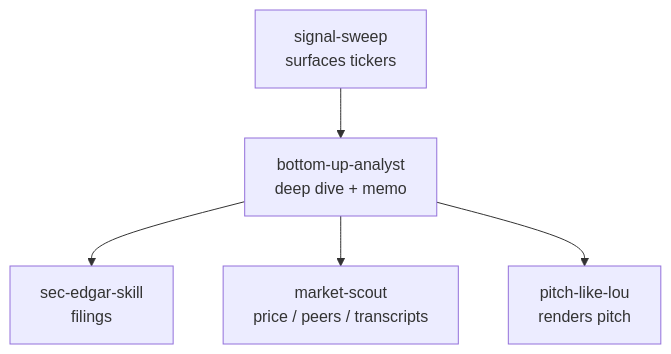
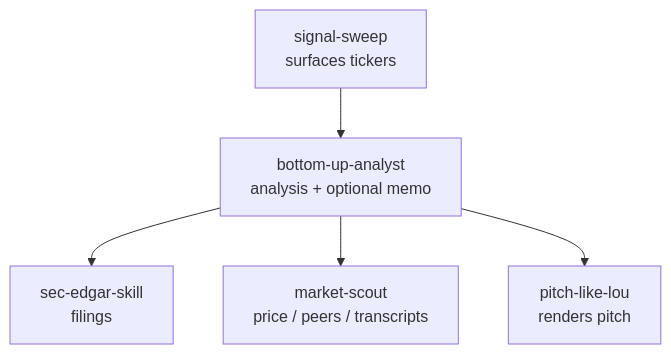
One commit to eggmasonvalue/secstack changed the diagram in context/MAP.md. Above: the diagram before and after it, drawn with Mermaid. The commit also changed other lines of this file and 16 other files, not shown here.

Commit message:
refactor: sharpen bottom-up analyst skill (#4)

````diff
--- a/context/MAP.md
+++ b/context/MAP.md
@@ -65,7 +65,7 @@
 ```mermaid
 flowchart TD
-    SS[signal-sweep<br/>surfaces tickers] --> BUA[bottom-up-analyst<br/>deep dive + memo]
+    SS[signal-sweep<br/>surfaces tickers] --> BUA[bottom-up-analyst<br/>analysis + optional memo]
     BUA --> SEC[sec-edgar-skill<br/>filings]
     BUA --> MS[market-scout<br/>price / peers / transcripts]
     BUA --> PLL[pitch-like-lou<br/>renders pitch]
 ```
````
